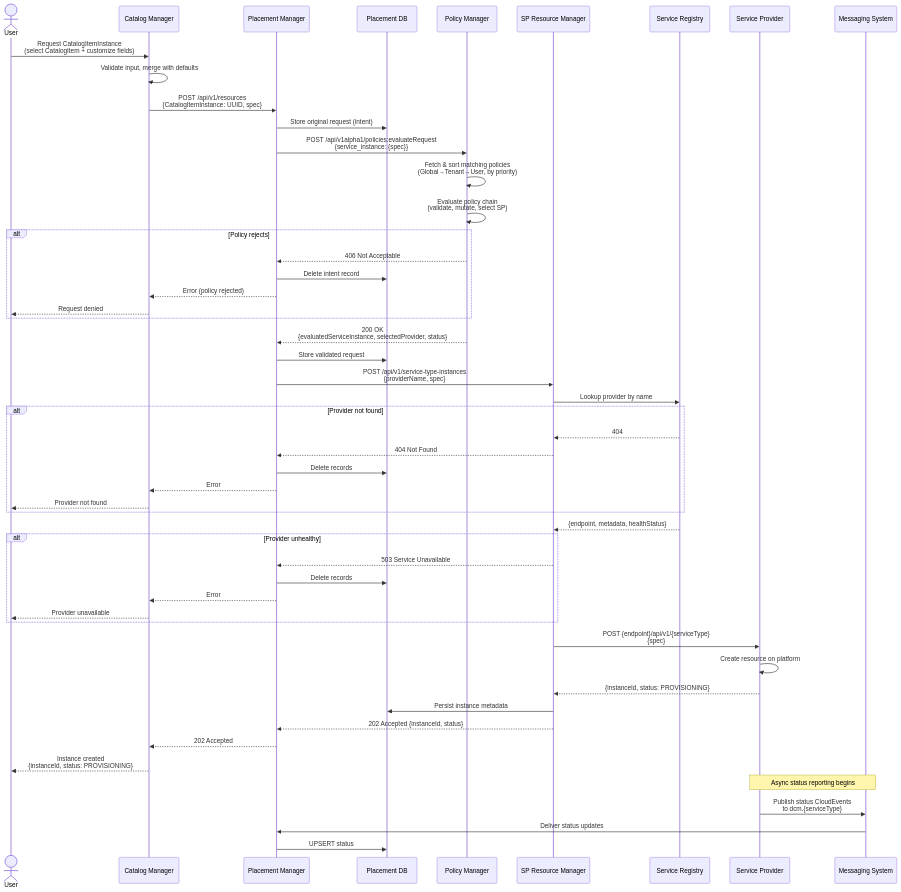
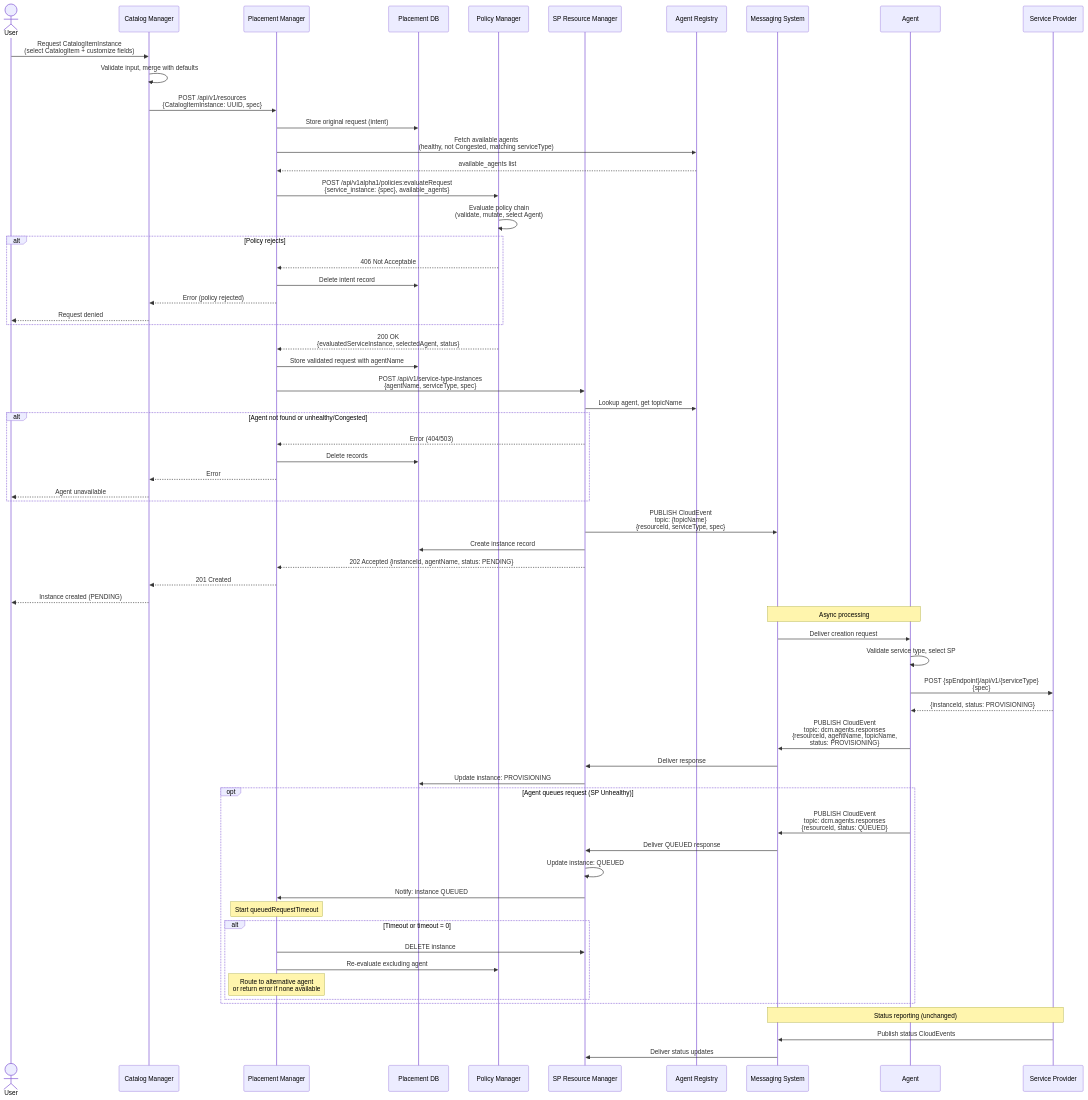
One commit to dcm-project/enhancements changed diagram 14 of 23 in enhancements/user-flows/user-flows.md. Above: the diagram before and after it, drawn with Mermaid. The commit also changed other lines of this file and 7 other files, not shown here.

````diff
--- a/enhancements/user-flows/user-flows.md
+++ b/enhancements/user-flows/user-flows.md
@@ -608,69 +810,78 @@
 ```mermaid
 sequenceDiagram
     actor User
     participant CM as Catalog Manager
     participant PM as Placement Manager
     participant DB as Placement DB
     participant PE as Policy Manager
     participant SPRM as SP Resource Manager
-    participant SR as Service Registry
+    participant AR as Agent Registry
+    participant MS as Messaging System
+    participant AG as Agent
     participant SP as Service Provider
-    participant MSG as Messaging System
 
     User->>CM: Request CatalogItemInstance<br/>(select CatalogItem + customize fields)
     CM->>CM: Validate input, merge with defaults
     CM->>PM: POST /api/v1/resources<br/>{CatalogItemInstance: UUID, spec}
 
-    %% Intent preservation
     PM->>DB: Store original request (intent)
 
-    %% Policy evaluation
-    PM->>PE: POST /api/v1alpha1/policies:evaluateRequest<br/>{service_instance: {spec}}
-    PE->>PE: Fetch & sort matching policies<br/>(Global→Tenant→User, by priority)
-    PE->>PE: Evaluate policy chain<br/>(validate, mutate, select SP)
+    PM->>AR: Fetch available agents<br/>(healthy, not Congested, matching serviceType)
+    AR-->>PM: available_agents list
+
+    PM->>PE: POST /api/v1alpha1/policies:evaluateRequest<br/>{service_instance: {spec}, available_agents}
+    PE->>PE: Evaluate policy chain<br/>(validate, mutate, select Agent)
 
     alt Policy rejects
         PE-->>PM: 406 Not Acceptable
         PM->>DB: Delete intent record
         PM-->>CM: Error (policy rejected)
         CM-->>User: Request denied
     end
 
-    PE-->>PM: 200 OK<br/>{evaluatedServiceInstance, selectedProvider, status}
-    PM->>DB: Store validated request
+    PE-->>PM: 200 OK<br/>{evaluatedServiceInstance, selectedAgent, status}
+    PM->>DB: Store validated request with agentName
 
-    %% SP Resource Manager
-    PM->>SPRM: POST /api/v1/service-type-instances<br/>{providerName, spec}
+    PM->>SPRM: POST /api/v1/service-type-instances<br/>{agentName, serviceType, spec}
 
-    SPRM->>SR: Lookup provider by name
-    alt Provider not found
-        SR-->>SPRM: 404
-        SPRM-->>PM: 404 Not Found
+    SPRM->>AR: Lookup agent, get topicName
+    alt Agent not found or unhealthy/Congested
+        SPRM-->>PM: Error (404/503)
         PM->>DB: Delete records
         PM-->>CM: Error
-        CM-->>User: Provider not found
-    end
-    SR-->>SPRM: {endpoint, metadata, healthStatus}
-
-    alt Provider unhealthy
-        SPRM-->>PM: 503 Service Unavailable
-        PM->>DB: Delete records
-        PM-->>CM: Error
-        CM-->>User: Provider unavailable
+        CM-->>User: Agent unavailable
     end
 
-    %% Instance creation
-    SPRM->>SP: POST {endpoint}/api/v1/{serviceType}<br/>{spec}
-    SP->>SP: Create resource on platform
-    SP-->>SPRM: {instanceId, status: PROVISIONING}
-    SPRM->>DB: Persist instance metadata
-    SPRM-->>PM: 202 Accepted {instanceId, status}
-    PM-->>CM: 202 Accepted
-    CM-->>User: Instance created<br/>{instanceId, status: PROVISIONING}
+    SPRM->>MS: PUBLISH CloudEvent<br/>topic: {topicName}<br/>{resourceId, serviceType, spec}
+    SPRM->>DB: Create instance record
+    SPRM-->>PM: 202 Accepted {instanceId, agentName, status: PENDING}
+    PM-->>CM: 201 Created
+    CM-->>User: Instance created (PENDING)
 
-    %% Continuous status reporting
-    Note over SP,MSG: Async status reporting begins
-    SP->>MSG: Publish status CloudEvents<br/>to dcm.{serviceType}
-    MSG->>PM: Deliver status updates
-    PM->>DB: UPSERT status
+    Note over MS,AG: Async processing
+    MS->>AG: Deliver creation request
+    AG->>AG: Validate service type, select SP
+    AG->>SP: POST {spEndpoint}/api/v1/{serviceType}<br/>{spec}
+    SP-->>AG: {instanceId, status: PROVISIONING}
+    AG->>MS: PUBLISH CloudEvent<br/>topic: dcm.agents.responses<br/>{resourceId, agentName, topicName,<br/>status: PROVISIONING}
+    MS->>SPRM: Deliver response
+    SPRM->>DB: Update instance: PROVISIONING
+
+    opt Agent queues request (SP Unhealthy)
+        AG->>MS: PUBLISH CloudEvent<br/>topic: dcm.agents.responses<br/>{resourceId, status: QUEUED}
+        MS->>SPRM: Deliver QUEUED response
+        SPRM->>SPRM: Update instance: QUEUED
+        SPRM->>PM: Notify: instance QUEUED
+
+        Note over PM: Start queuedRequestTimeout
+        alt Timeout or timeout = 0
+            PM->>SPRM: DELETE instance
+            PM->>PE: Re-evaluate excluding agent
+            Note over PM: Route to alternative agent<br/>or return error if none available
+        end
+    end
+
+    Note over SP,MS: Status reporting (unchanged)
+    SP->>MS: Publish status CloudEvents
+    MS->>SPRM: Deliver status updates
 ```
````
